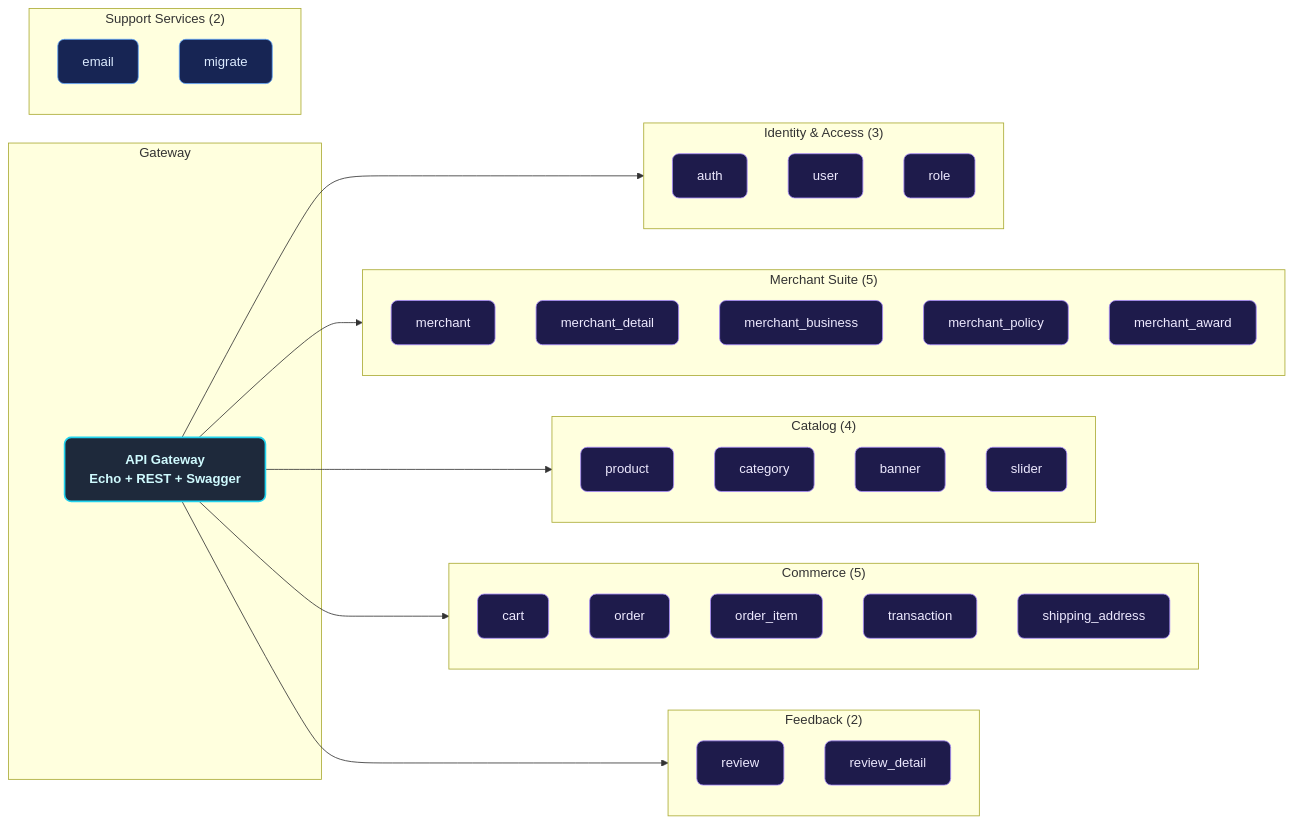
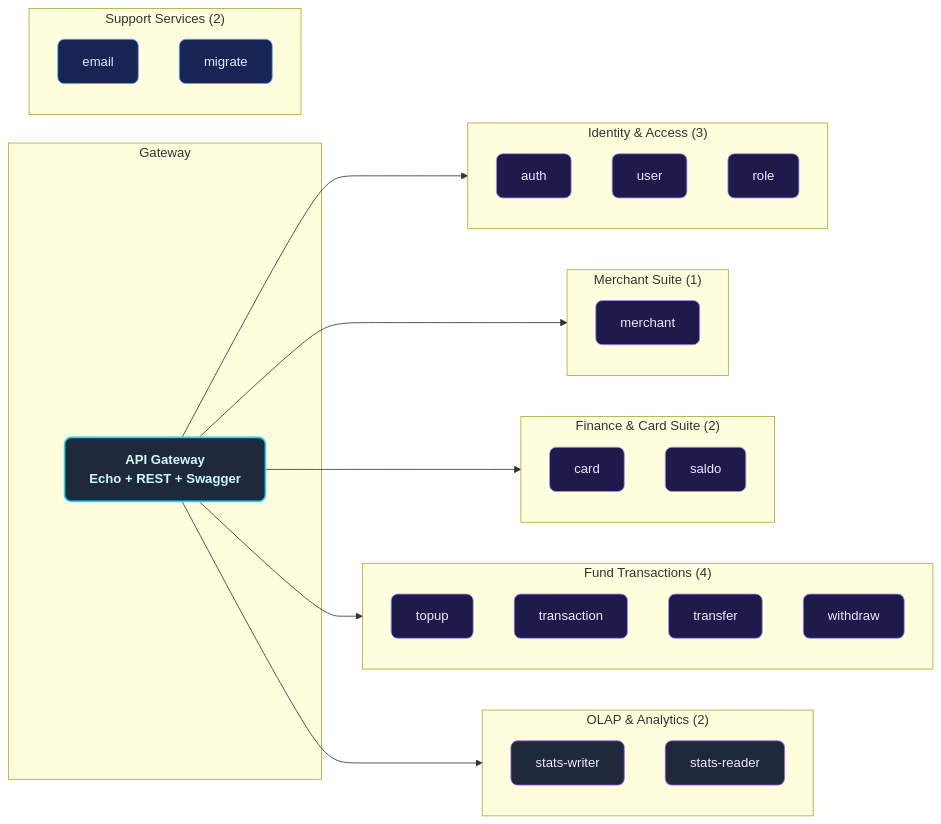
The second of 8 diagrams in src/content/portfolio/microservice-ecommerce.mdx (renaldyhidayatt/renaldyhidayatt.github.io), drawn with Mermaid before and after one commit. The commit also changed other lines of this file and 19 other files, not shown here.

Commit message:
refactor: overhaul project documentation with detailed architectural summaries and expanded domain-driven service specifications

````diff
--- a/src/content/portfolio/microservice-ecommerce.mdx
+++ b/src/content/portfolio/microservice-ecommerce.mdx
@@ -161,55 +178,49 @@
 ```mermaid
 graph LR
     classDef svc fill:#1e1b4b,stroke:#a78bfa,color:#ede9fe,stroke-width:1px,rx:8
     classDef gw fill:#1e293b,stroke:#22d3ee,color:#cffafe,stroke-width:2px,rx:8,font-weight:bold
     classDef support fill:#172554,stroke:#60a5fa,color:#dbeafe,stroke-width:1px,rx:8
+    classDef olap fill:#1e293b,stroke:#a855f7,color:#f3e8ff,stroke-width:1px,rx:8
 
     subgraph Gateway
         API["API Gateway<br/>Echo + REST + Swagger"]:::gw
     end
 
     subgraph Identity["Identity & Access (3)"]
         A1["auth"]:::svc
         A2["user"]:::svc
         A3["role"]:::svc
     end
 
-    subgraph Merchant["Merchant Suite (5)"]
+    subgraph Merchant["Merchant Suite (1)"]
         M1["merchant"]:::svc
-        M2["merchant_detail"]:::svc
-        M3["merchant_business"]:::svc
-        M4["merchant_policy"]:::svc
-        M5["merchant_award"]:::svc
     end
 
-    subgraph Catalog["Catalog (4)"]
-        C1["product"]:::svc
-        C2["category"]:::svc
-        C3["banner"]:::svc
-        C4["slider"]:::svc
+    subgraph Finance["Finance & Card Suite (2)"]
+        F1["card"]:::svc
+        F2["saldo"]:::svc
     end
 
-    subgraph Commerce["Commerce (5)"]
-        O1["cart"]:::svc
-        O2["order"]:::svc
-        O3["order_item"]:::svc
-        O4["transaction"]:::svc
-        O5["shipping_address"]:::svc
+    subgraph Movements["Fund Transactions (4)"]
+        T1["topup"]:::svc
+        T2["transaction"]:::svc
+        T3["transfer"]:::svc
+        T4["withdraw"]:::svc
     end
 
-    subgraph Feedback["Feedback (2)"]
-        R1["review"]:::svc
-        R2["review_detail"]:::svc
+    subgraph OLAP["OLAP & Analytics (2)"]
+        O1["stats-writer"]:::olap
+        O2["stats-reader"]:::olap
     end
 
     subgraph Support["Support Services (2)"]
         S1["email"]:::support
         S2["migrate"]:::support
     end
 
     API --> Identity
     API --> Merchant
-    API --> Catalog
-    API --> Commerce
-    API --> Feedback
+    API --> Finance
+    API --> Movements
+    API --> OLAP
 ```
````
